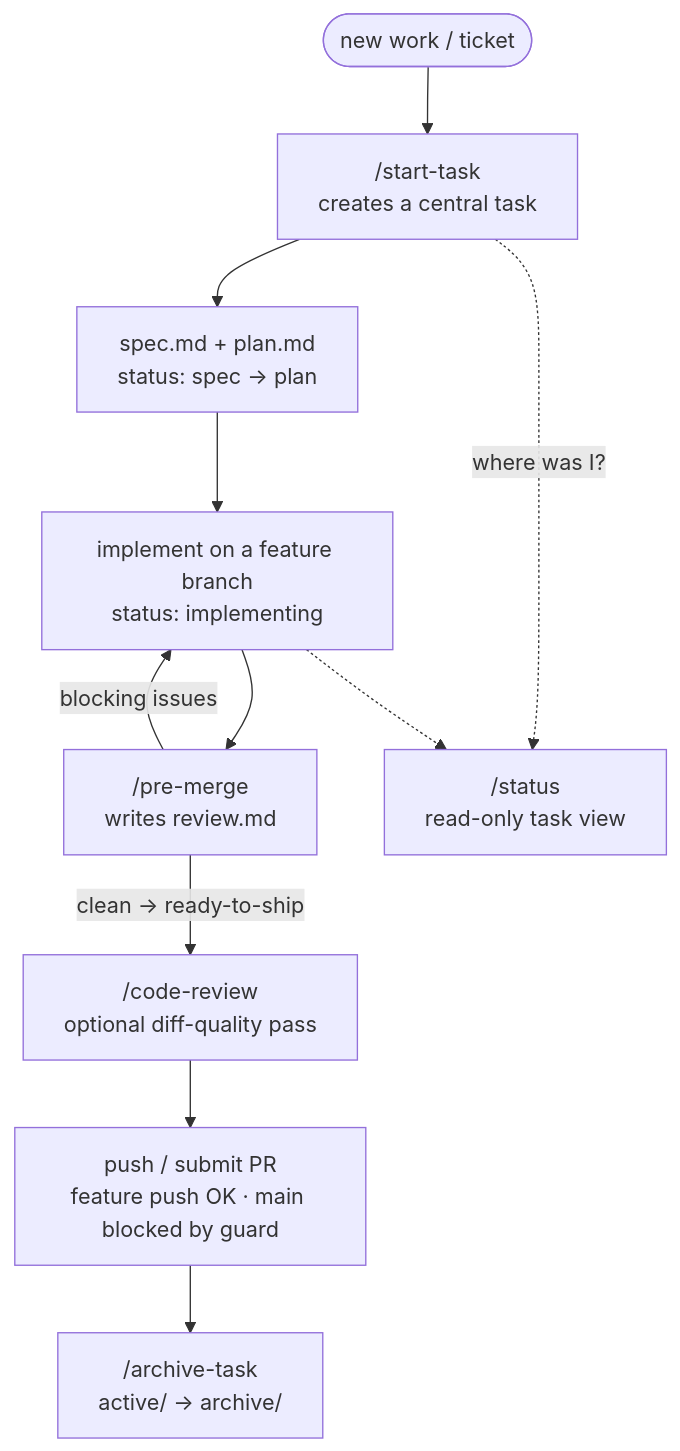
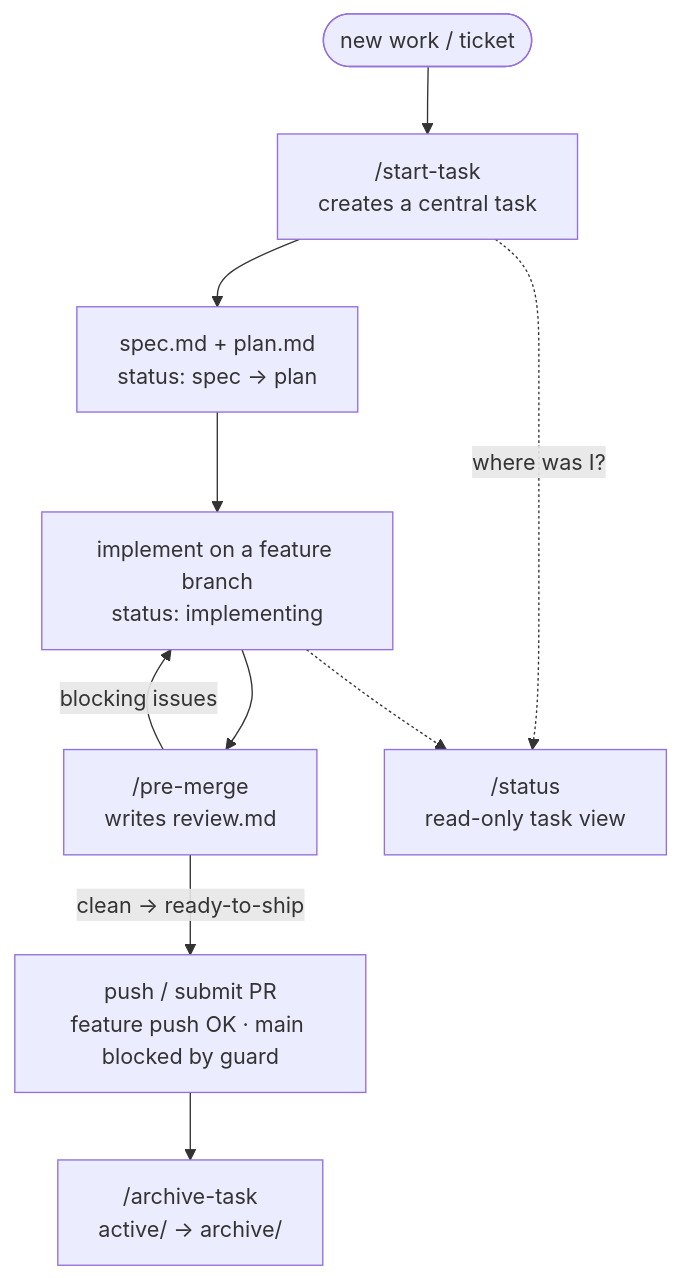
Before and after one commit to almeidabbm/dot-files: the second of 2 diagrams in README.md, drawn with Mermaid. The commit also changed other lines of this file and 3 other files, not shown here.

Commit message:
chore: add minion, remove code-review

````diff
--- a/README.md
+++ b/README.md
@@ -65,13 +65,12 @@
 ```mermaid
 flowchart TD
     new([new work / ticket]) --> st["/start-task<br/>creates a central task"]
     st --> spec["spec.md + plan.md<br/>status: spec → plan"]
     spec --> impl["implement on a feature branch<br/>status: implementing"]
     impl --> pm["/pre-merge<br/>writes review.md"]
     pm -->|blocking issues| impl
-    pm -->|clean → ready-to-ship| cr["/code-review<br/>optional diff-quality pass"]
-    cr --> ship["push / submit PR<br/>feature push OK · main blocked by guard"]
+    pm -->|clean → ready-to-ship| ship["push / submit PR<br/>feature push OK · main blocked by guard"]
     ship --> arch["/archive-task<br/>active/ → archive/"]
     st -.->|"where was I?"| status["/status<br/>read-only task view"]
     impl -.-> status
 ```
````
